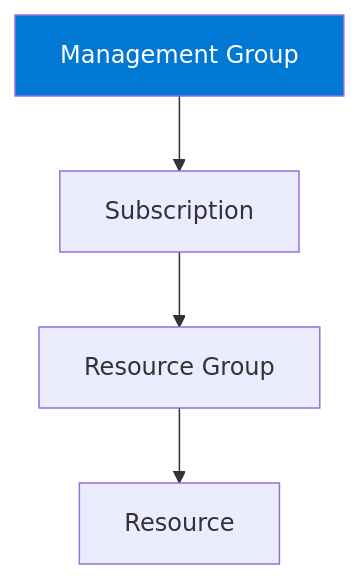
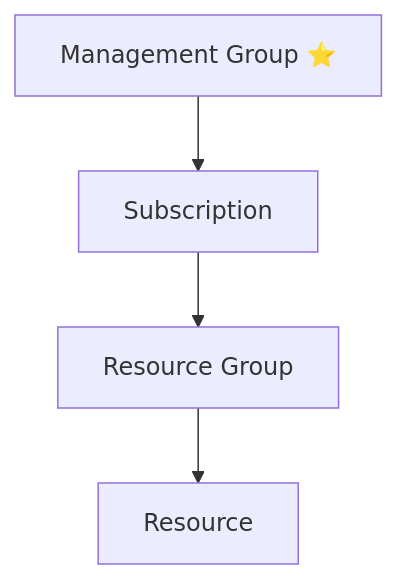
The diagram in docs/02-azure-architecture/6-management-groups.md (zhyordanova/azure-fundamentals-handbook), drawn with Mermaid before and after one commit. The commit also changed 4 other files, not shown here.

Commit message:
chore: add and fix diagrams

````diff
--- a/docs/02-azure-architecture/6-management-groups.md
+++ b/docs/02-azure-architecture/6-management-groups.md
@@ -29,13 +29,9 @@
 ```mermaid
 flowchart TD
-    MG[Management Group]
-    SUB[Subscription]
-    RG[Resource Group]
-    RES[Resource]
+    MG["Management Group ⭐"]
+    SUB["Subscription"]
+    RG["Resource Group"]
+    RES["Resource"]
 
-    MG --> SUB
-    SUB --> RG
-    RG --> RES
-
-    style MG fill:#0078D4,color:#ffffff
+    MG --> SUB --> RG --> RES
 ```
````
